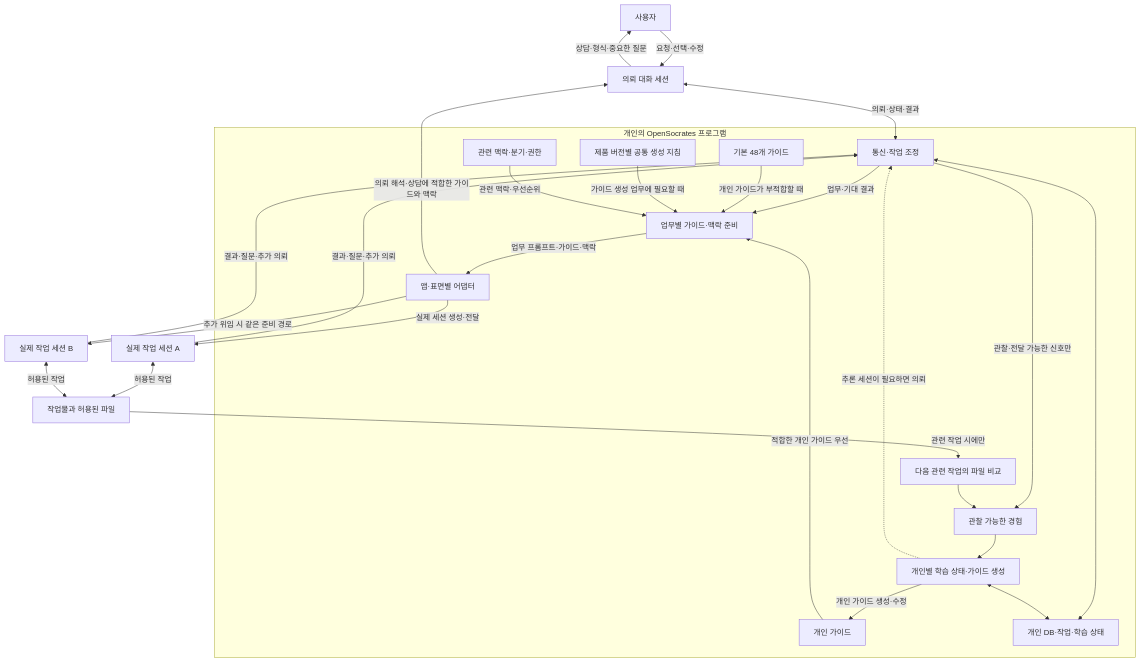
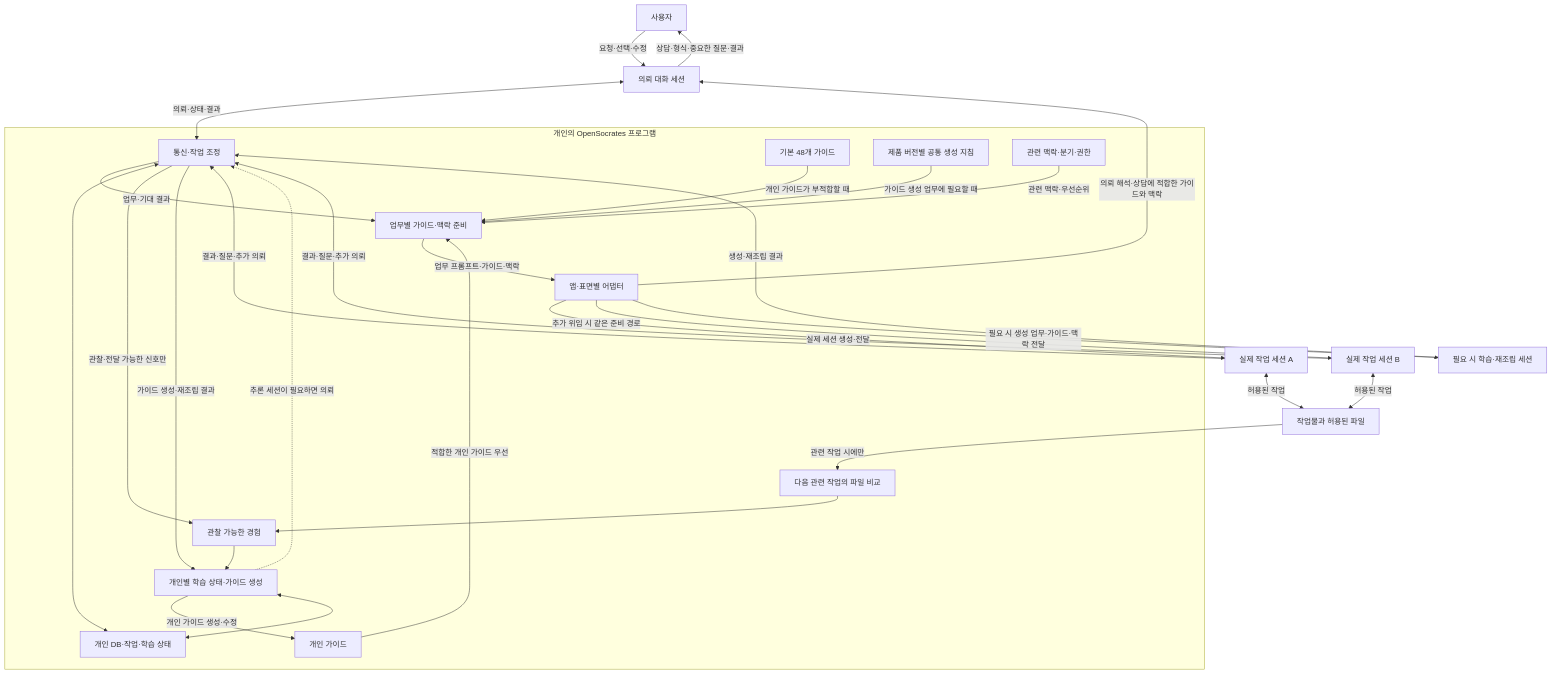
One commit to ParkerHwang/OpenSocrates changed the first of 2 diagrams in docs/v2.0/SYSTEM_2.0.ko.md. Above: the diagram before and after it, drawn with Mermaid. The commit also changed 8 other files, not shown here.

Commit message:
Render and reconcile v2 data flow diagram

````diff
--- a/docs/v2.0/SYSTEM_2.0.ko.md
+++ b/docs/v2.0/SYSTEM_2.0.ko.md
@@ -32,48 +32,52 @@
 ```mermaid
 flowchart TD
     user["사용자"]
     intake["의뢰 대화 세션"]
     worker["실제 작업 세션 A"]
     worker2["실제 작업 세션 B"]
+    learning_worker["필요 시 학습·재조립 세션"]
     artifact["작업물과 허용된 파일"]
 
     subgraph os["개인의 OpenSocrates 프로그램"]
         channel["통신·작업 조정"]
         select["업무별 가이드·맥락 준비"]
         base["기본 48개 가이드"]
         personal["개인 가이드"]
         generator["제품 버전별 공통 생성 지침"]
         context["관련 맥락·분기·권한"]
         adapter["앱·표면별 어댑터"]
         state["개인 DB·작업·학습 상태"]
         signal["관찰 가능한 경험"]
         compare["다음 관련 작업의 파일 비교"]
         learn["개인별 학습 상태·가이드 생성"]
 
         channel -->|"업무·기대 결과"| select
         base -->|"개인 가이드가 부적합할 때"| select
         personal -->|"적합한 개인 가이드 우선"| select
         generator -->|"가이드 생성 업무에 필요할 때"| select
         context -->|"관련 맥락·우선순위"| select
         select -->|"업무 프롬프트·가이드·맥락"| adapter
         channel <--> state
         channel -->|"관찰·전달 가능한 신호만"| signal
+        channel -->|"가이드 생성·재조립 결과"| learn
         compare --> signal
         signal --> learn
         learn -->|"개인 가이드 생성·수정"| personal
         learn <--> state
         learn -.->|"추론 세션이 필요하면 의뢰"| channel
     end
 
     user -->|"요청·선택·수정"| intake
-    intake -->|"상담·형식·중요한 질문"| user
+    intake -->|"상담·형식·중요한 질문·결과"| user
     intake <-->|"의뢰·상태·결과"| channel
     adapter -->|"의뢰 해석·상담에 적합한 가이드와 맥락"| intake
     adapter -->|"실제 세션 생성·전달"| worker
     adapter -->|"추가 위임 시 같은 준비 경로"| worker2
+    adapter -->|"필요 시 생성 업무·가이드·맥락 전달"| learning_worker
     worker -->|"결과·질문·추가 의뢰"| channel
     worker2 -->|"결과·질문·추가 의뢰"| channel
+    learning_worker -->|"생성·재조립 결과"| channel
     worker <-->|"허용된 작업"| artifact
     worker2 <-->|"허용된 작업"| artifact
     artifact -->|"관련 작업 시에만"| compare
 ```
````
